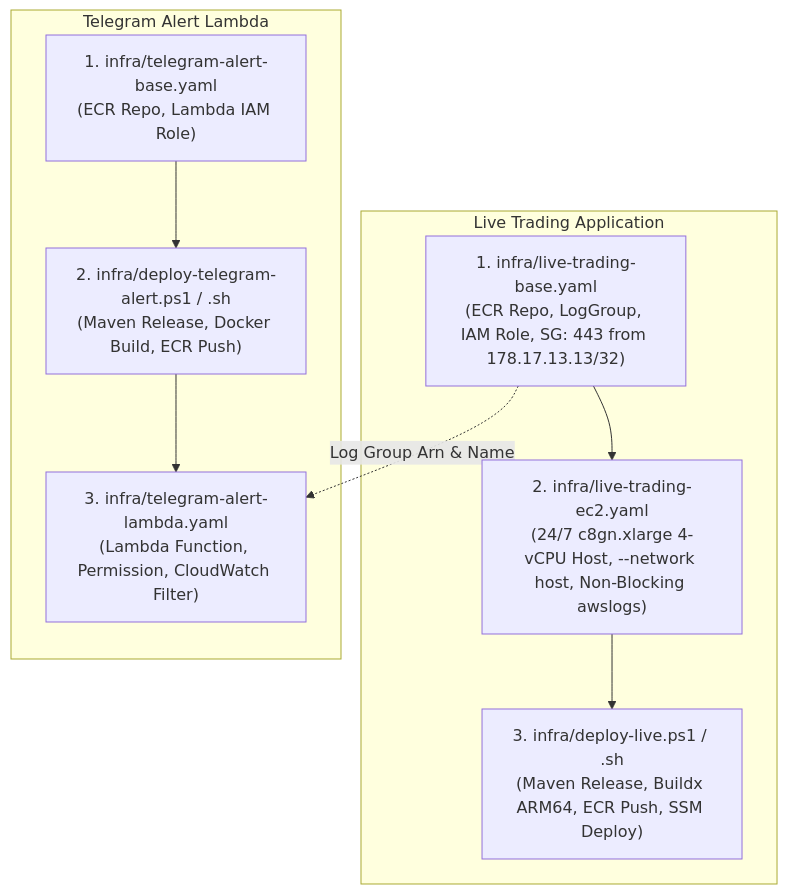
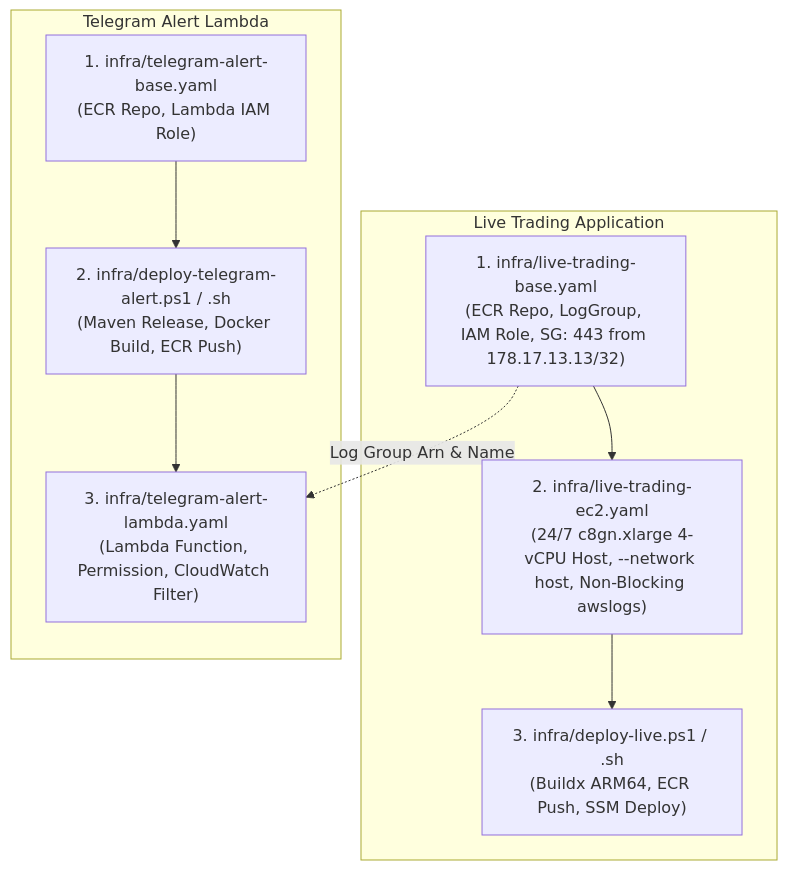
One commit to amuradon/polymarket-bot changed the diagram in DEPLOYMENT.md. Above: the diagram before and after it, drawn with Mermaid. The commit also changed other lines of this file and 2 other files, not shown here.

Commit message:
chore(infra): decouple Maven release from deploy-live scripts and resolve version from live JAR

````diff
--- a/DEPLOYMENT.md
+++ b/DEPLOYMENT.md
@@ -13,20 +13,20 @@
 ```mermaid
 flowchart TD
     subgraph LiveTrading["Live Trading Application"]
         LT_Base["1. infra/live-trading-base.yaml<br/>(ECR Repo, LogGroup, IAM Role, SG: 443 from 178.17.13.13/32)"]
         LT_EC2["2. infra/live-trading-ec2.yaml<br/>(24/7 c8gn.xlarge 4-vCPU Host, --network host, Non-Blocking awslogs)"]
-        LT_Script["3. infra/deploy-live.ps1 / .sh<br/>(Maven Release, Buildx ARM64, ECR Push, SSM Deploy)"]
+        LT_Script["3. infra/deploy-live.ps1 / .sh<br/>(Buildx ARM64, ECR Push, SSM Deploy)"]
         LT_Base --> LT_EC2
         LT_EC2 --> LT_Script
     end
 
     subgraph TelegramAlert["Telegram Alert Lambda"]
         TA_Base["1. infra/telegram-alert-base.yaml<br/>(ECR Repo, Lambda IAM Role)"]
         TA_Script["2. infra/deploy-telegram-alert.ps1 / .sh<br/>(Maven Release, Docker Build, ECR Push)"]
         TA_Lambda["3. infra/telegram-alert-lambda.yaml<br/>(Lambda Function, Permission, CloudWatch Filter)"]
         TA_Base --> TA_Script
         TA_Script --> TA_Lambda
     end
 
     LT_Base -.->|Log Group Arn & Name| TA_Lambda
 ```
````
